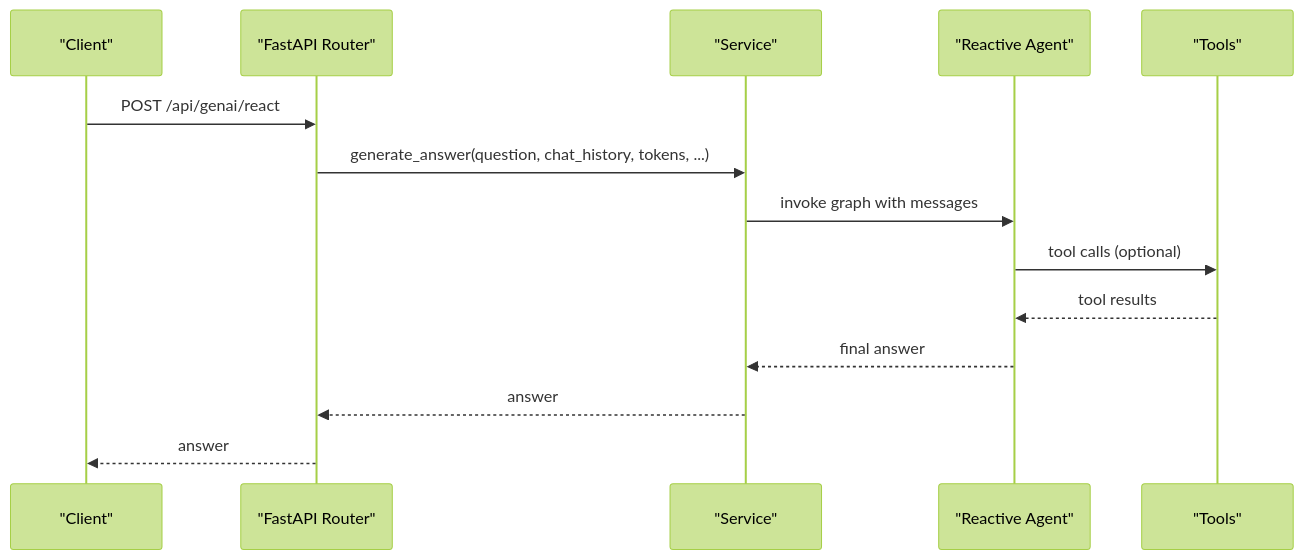
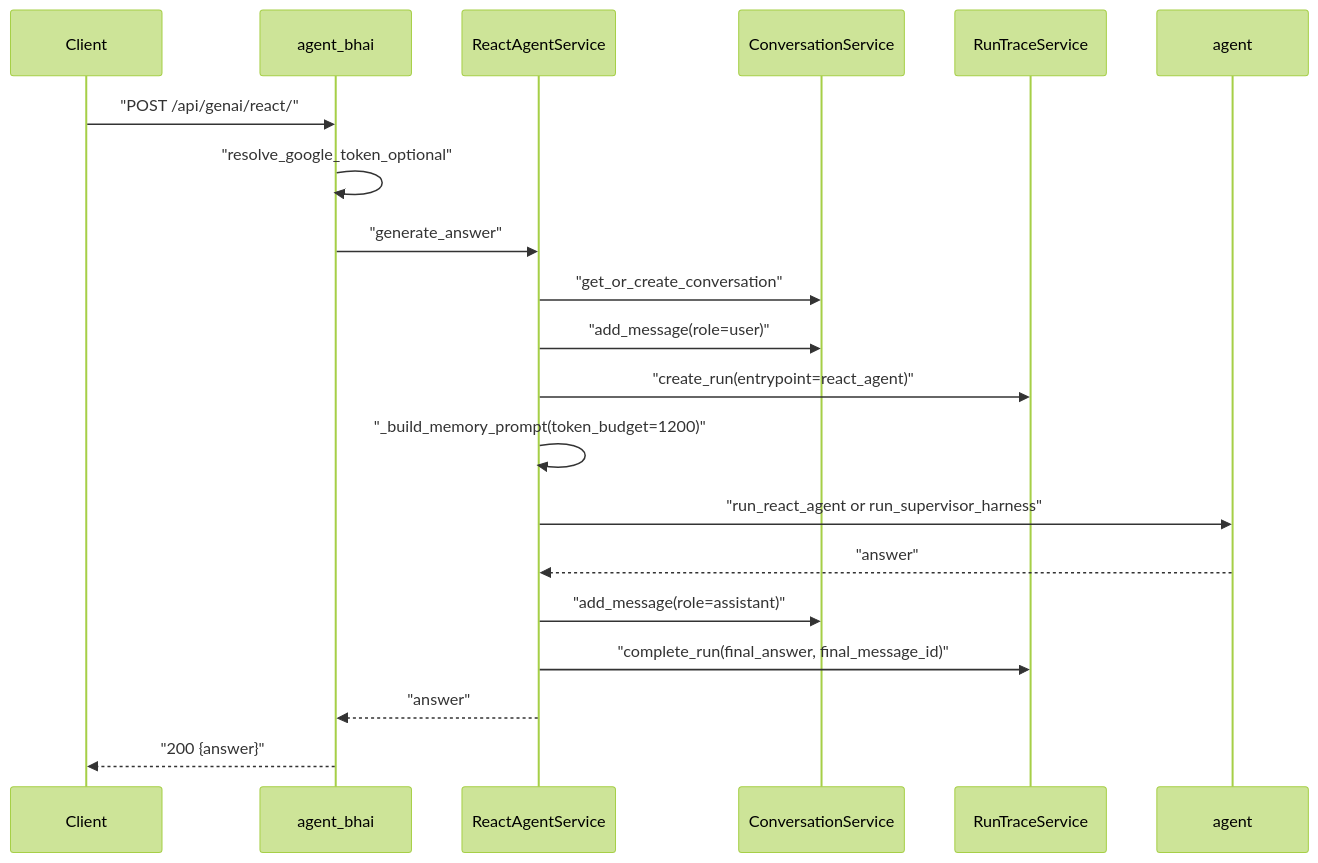
The third of 4 diagrams in src/data/docs/agentic-browser/API Server/Agent System API.md (tashifkhan/tashif.codes), drawn with Mermaid (forest theme) before and after one commit. The commit also changed other lines of this file and 114 other files, not shown here.

````diff
--- a/src/data/docs/agentic-browser/API Server/Agent System API.md
+++ b/src/data/docs/agentic-browser/API Server/Agent System API.md
@@ -51,16 +90,22 @@
 ```mermaid
 sequenceDiagram
-participant Client as "Client"
-participant API as "FastAPI Router"
-participant Service as "Service"
-participant Agent as "Reactive Agent"
-participant Tools as "Tools"
-Client->>API : POST /api/genai/react
-API->>Service : generate_answer(question, chat_history, tokens, ...)
-Service->>Agent : invoke graph with messages
-Agent->>Tools : tool calls (optional)
-Tools-->>Agent : tool results
-Agent-->>Service : final answer
-Service-->>API : answer
-API-->>Client : answer
+  participant C as Client
+  participant R as agent_bhai
+  participant S as ReactAgentService
+  participant DB as ConversationService
+  participant T as RunTraceService
+  participant A as agent
+  C->>R: "POST /api/genai/react/"
+  R->>R: "resolve_google_token_optional"
+  R->>S: "generate_answer"
+  S->>DB: "get_or_create_conversation"
+  S->>DB: "add_message(role=user)"
+  S->>T: "create_run(entrypoint=react_agent)"
+  S->>S: "_build_memory_prompt(token_budget=1200)"
+  S->>A: "run_react_agent or run_supervisor_harness"
+  A-->>S: "answer"
+  S->>DB: "add_message(role=assistant)"
+  S->>T: "complete_run(final_answer, final_message_id)"
+  S-->>R: "answer"
+  R-->>C: "200 {answer}"
 ```
````
